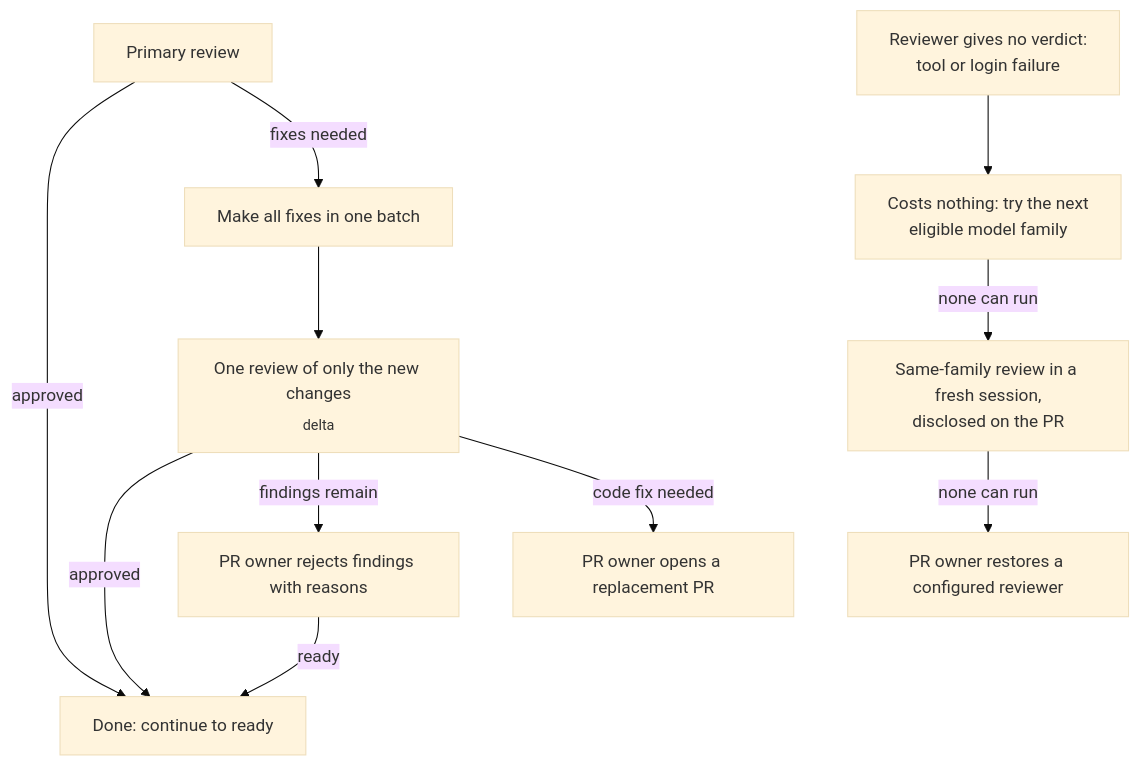
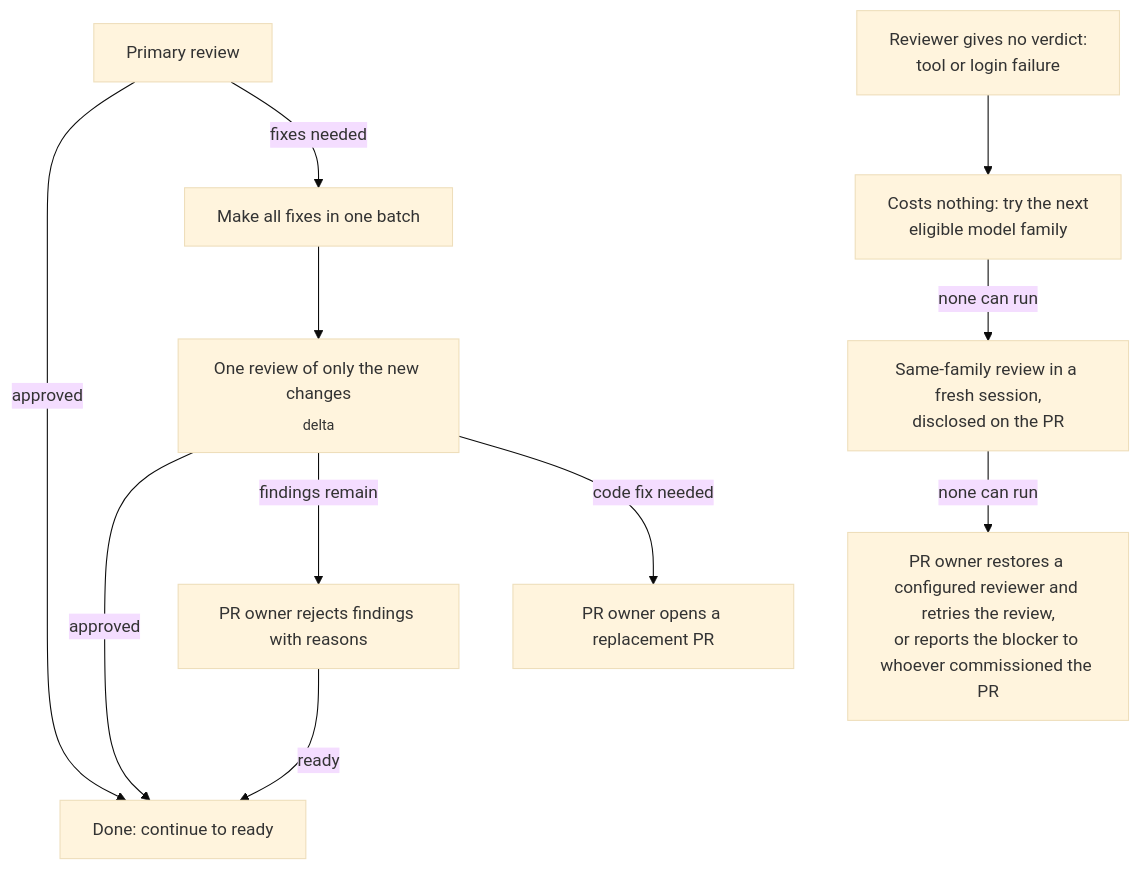
Before and after one commit to feder-positronics/loop-zero: the second of 3 diagrams in docs/WORKFLOW.md, drawn with Mermaid (base theme). The commit also changed 2 other files, not shown here.

Commit message:
Give review exit 4 a route when the reviewer cannot be restored (#2119)
* Give review exit 4 a route when the reviewer cannot be restored

When no configured reviewer can run, the PR owner restores one and retries;
if it cannot, it now reports the blocker to whoever commissioned the PR. The
contract, the review-budget diagram and the CLI's exit-4 message say the
same (r7c-01; the circular 'wait for the PR owner' came from #2014 and was
partly fixed by #2076).

Refs #1992

Architecture-Review: unchanged; wording of the reviewer-unavailable route and one CLI message, no exit code or boundary changes

* Address primary review: retry in the diagram; own message for an ineligible repost

Refs #1992

Architecture-Review: unchanged; error message wording only, no exit code or boundary changes

---------

````diff
--- a/docs/WORKFLOW.md
+++ b/docs/WORKFLOW.md
@@ -38,13 +38,13 @@
 ```mermaid
 flowchart TD
     A["Primary review"] -->|approved| Z["Done: continue to ready"]
     A -->|fixes needed| B["Make all fixes in one batch"]
     B --> C["One review of only the new changes<br/><sub>delta</sub>"]
     C -->|approved| Z
     C -->|findings remain| D["PR owner rejects findings with reasons"]
     D -->|ready| Z
     C -->|code fix needed| E["PR owner opens a replacement PR"]
     G["Reviewer gives no verdict:<br/>tool or login failure"] --> H["Costs nothing: try the next<br/>eligible model family"]
     H -->|none can run| J["Same-family review in a fresh session,<br/>disclosed on the PR"]
-    J -->|none can run| I["PR owner restores a configured reviewer"]
+    J -->|none can run| I["PR owner restores a configured reviewer and retries the review,<br/>or reports the blocker to whoever commissioned the PR"]
 ```
````
